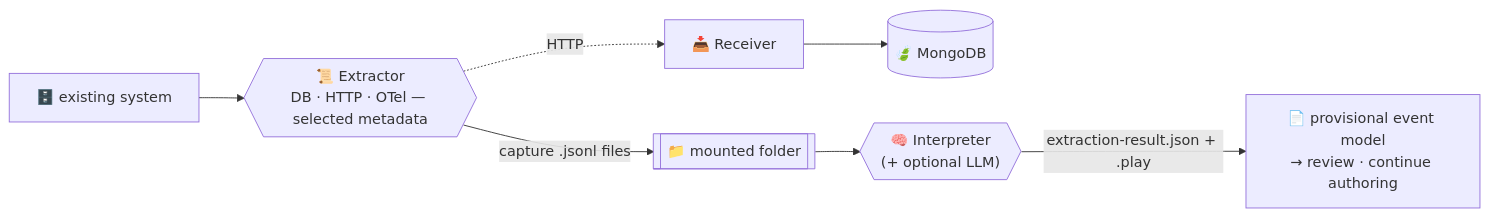
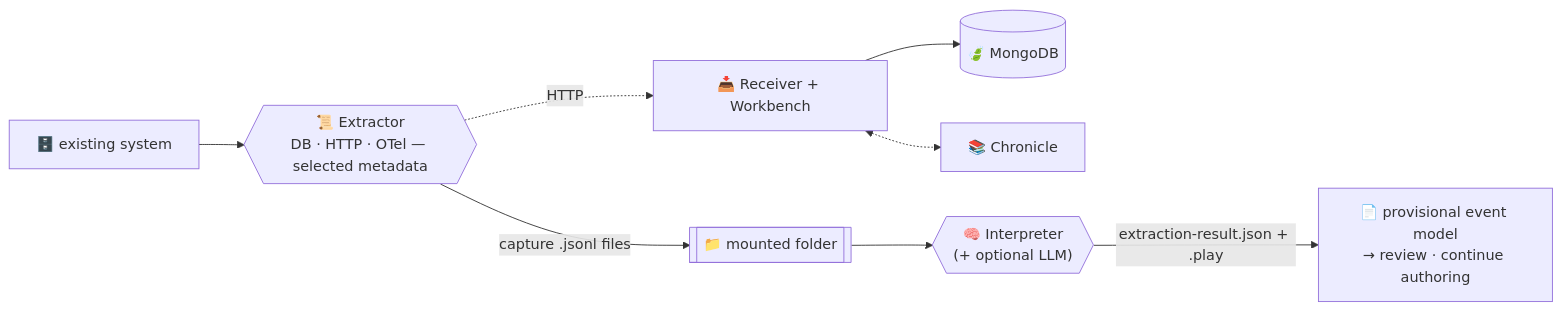
The diagram in README.md (Cratis/Prologue), drawn with Mermaid before and after one commit. The commit also changed other lines of this file and 2 other files, not shown here.

First line of the commit message:
Describe the Receiver's Chronicle dependency and the Workbench

````diff
--- a/README.md
+++ b/README.md
@@ -61,8 +72,9 @@
 ```mermaid
 flowchart LR
     Sys["🗄️ existing system"] --> Ext{{"📜 Extractor<br/>DB · HTTP · OTel — selected metadata"}}
     Ext -->|"capture .jsonl files"| Folder[["📁 mounted folder"]]
-    Ext -.->|"HTTP"| Rcv["📥 Receiver"] --> Mongo[("🍃 MongoDB")]
+    Ext -.->|"HTTP"| Rcv["📥 Receiver + Workbench"] --> Mongo[("🍃 MongoDB")]
+    Rcv <-.-> Chron["📚 Chronicle"]
     Folder --> Interp{{"🧠 Interpreter<br/>(+ optional LLM)"}}
     Interp -->|"extraction-result.json + .play"| Model["📄 provisional event model<br/>→ review · continue authoring"]
 ```
````
